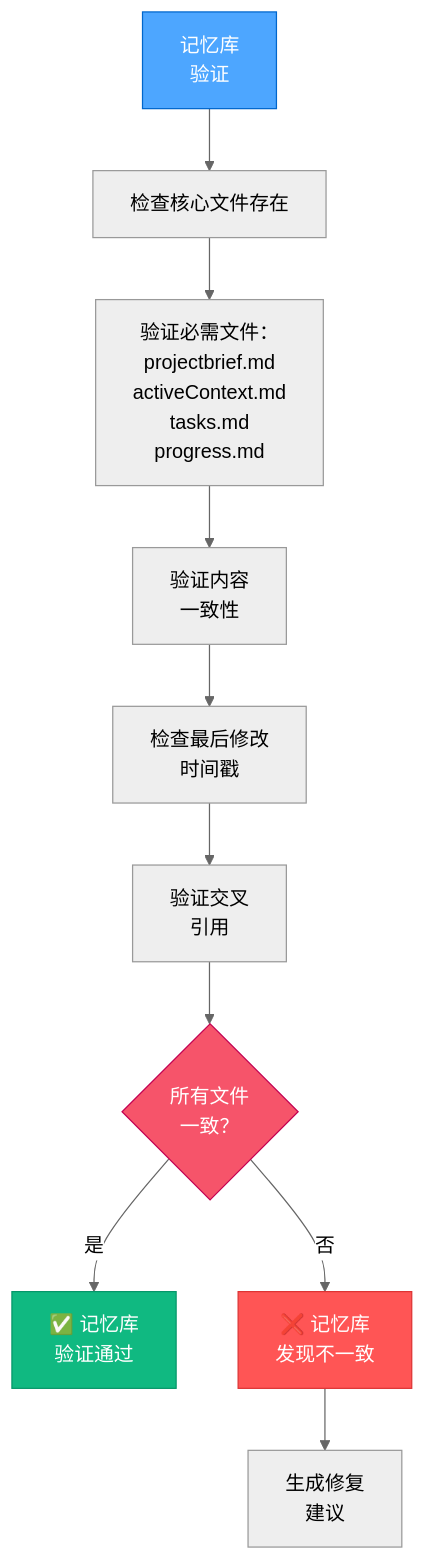
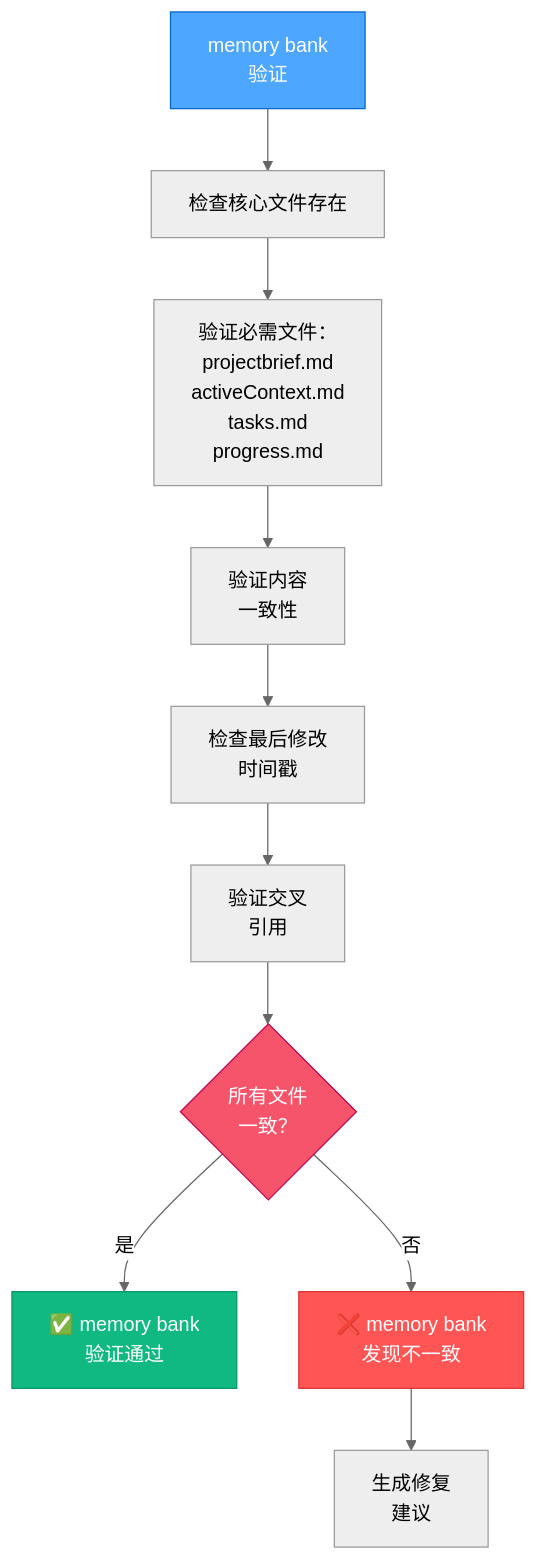
The third of 10 diagrams in .cursor/rules/isolation_rules/visual-maps/qa-mode-map.mdc (autel-lizhuohang/cursor-memory-bank-cn), drawn with Mermaid (neutral theme) before and after one commit. The commit also changed other lines of this file and 33 other files, not shown here.

````diff
--- a/.cursor/rules/isolation_rules/visual-maps/qa-mode-map.mdc
+++ b/.cursor/rules/isolation_rules/visual-maps/qa-mode-map.mdc
@@ -89,20 +89,20 @@
 ```mermaid
 graph TD
-    MBVS["记忆库<br>验证"] --> CoreCheck["检查核心文件存在"]
+    MBVS["memory bank<br>验证"] --> CoreCheck["检查核心文件存在"]
     CoreCheck --> CoreFiles["验证必需文件：<br>projectbrief.md<br>activeContext.md<br>tasks.md<br>progress.md"]
 
     CoreFiles --> ContentCheck["验证内容<br>一致性"]
     ContentCheck --> LastModified["检查最后修改<br>时间戳"]
     LastModified --> CrossRef["验证交叉<br>引用"]
 
     CrossRef --> ConsistencyCheck{"所有文件<br>一致？"}
-    ConsistencyCheck -->|"是"| PassMB["✅ 记忆库<br>验证通过"]
-    ConsistencyCheck -->|"否"| FailMB["❌ 记忆库<br>发现不一致"]
+    ConsistencyCheck -->|"是"| PassMB["✅ memory bank<br>验证通过"]
+    ConsistencyCheck -->|"否"| FailMB["❌ memory bank<br>发现不一致"]
 
     FailMB --> FixSuggestions["生成修复<br>建议"]
 
     style MBVS fill:#4da6ff,stroke:#0066cc,color:white
     style ConsistencyCheck fill:#f6546a,stroke:#c30052,color:white
     style PassMB fill:#10b981,stroke:#059669,color:white
     style FailMB fill:#ff5555,stroke:#dd3333,color:white
 ```
````
